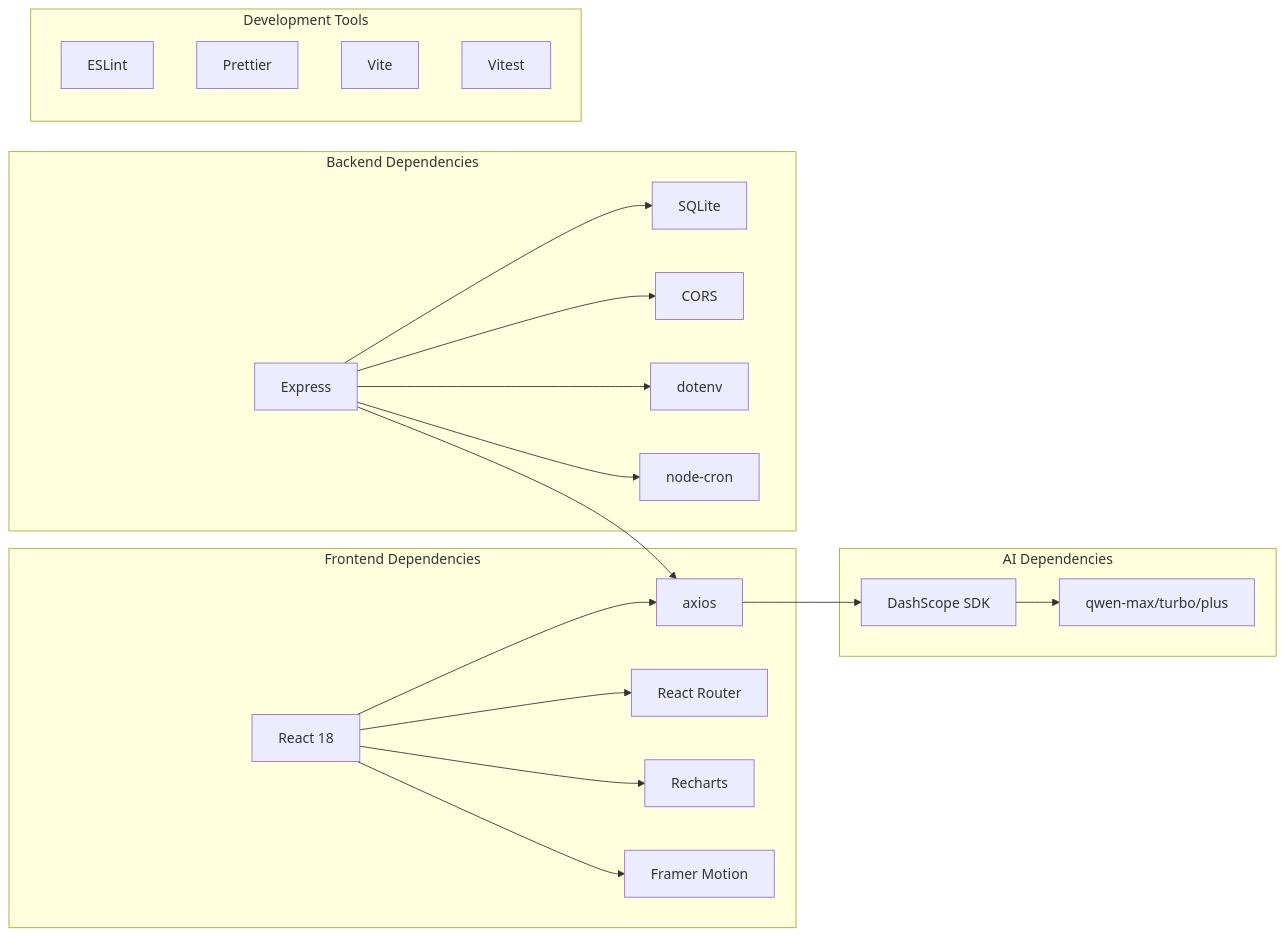
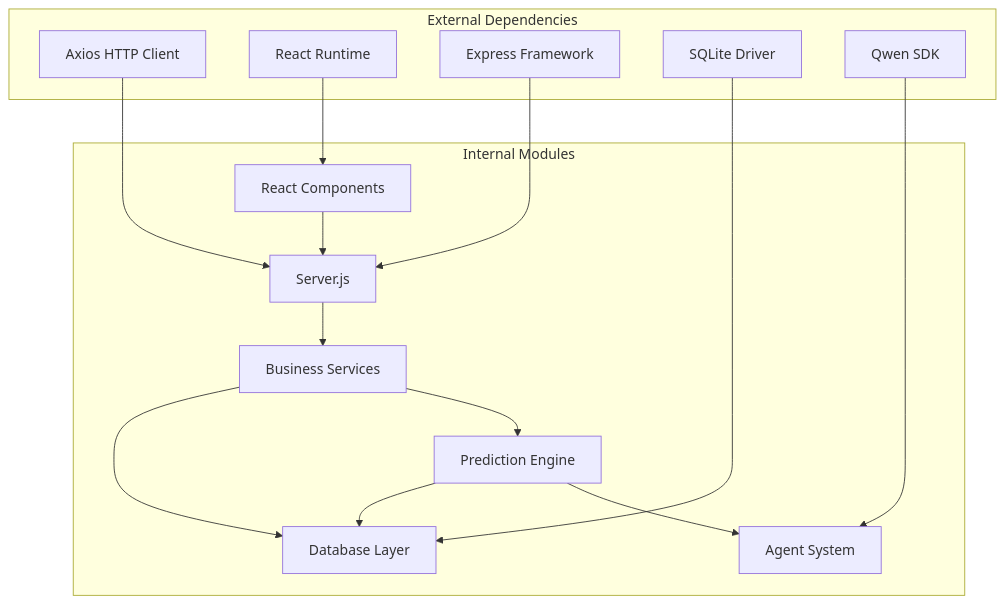
One commit to cheesiong/WC26-qwen changed the eighth of 8 diagrams in .qoder/repowiki/en/content/Project Overview/Project Overview.md. Above: the diagram before and after it, drawn with Mermaid. The commit also changed other lines of this file and 181 other files, not shown here.

````diff
--- a/.qoder/repowiki/en/content/Project Overview/Project Overview.md
+++ b/.qoder/repowiki/en/content/Project Overview/Project Overview.md
@@ -334,39 +448,29 @@
 ```mermaid
-graph LR
-subgraph "Frontend Dependencies"
-REACT[React 18]
-AXIOS[Axios]
-ROUTER[React Router]
-CHARTS[Recharts]
-FRAMER[Framer Motion]
+graph TD
+subgraph "External Dependencies"
+AXIOS[Axios HTTP Client]
+REACT[React Runtime]
+EXPRESS[Express Framework]
+SQLITE[SQLite Driver]
+QWEN[Qwen SDK]
 end
-subgraph "Backend Dependencies"
-EXPRESS[Express]
-SQLITE[SQLite]
-AXIOS[axios]
-CORS[CORS]
-DOTENV[dotenv]
-NODECRON[node-cron]
+subgraph "Internal Modules"
+SERVER[Server.js]
+ENGINE[Prediction Engine]
+SERVICES[Business Services]
+AGENTS[Agent System]
+DATABASE[Database Layer]
+FRONTEND[React Components]
 end
-subgraph "AI Dependencies"
-DASHSCOPE[DashScope SDK]
-QWEN_MODELS[qwen-max/turbo/plus]
-end
-subgraph "Development Tools"
-ESLINT[ESLint]
-PRETTIER[Prettier]
-VITE[Vite]
-TEST[Vitest]
-end
-REACT --> AXIOS
-REACT --> ROUTER
-REACT --> CHARTS
-REACT --> FRAMER
-EXPRESS --> SQLITE
-EXPRESS --> AXIOS
-EXPRESS --> CORS
-EXPRESS --> DOTENV
-EXPRESS --> NODECRON
-AXIOS --> DASHSCOPE
-DASHSCOPE --> QWEN_MODELS
+AXIOS --> SERVER
+REACT --> FRONTEND
+EXPRESS --> SERVER
+SQLITE --> DATABASE
+QWEN --> AGENTS
+SERVER --> SERVICES
+SERVICES --> ENGINE
+ENGINE --> AGENTS
+ENGINE --> DATABASE
+SERVICES --> DATABASE
+FRONTEND --> SERVER
 ```
````
